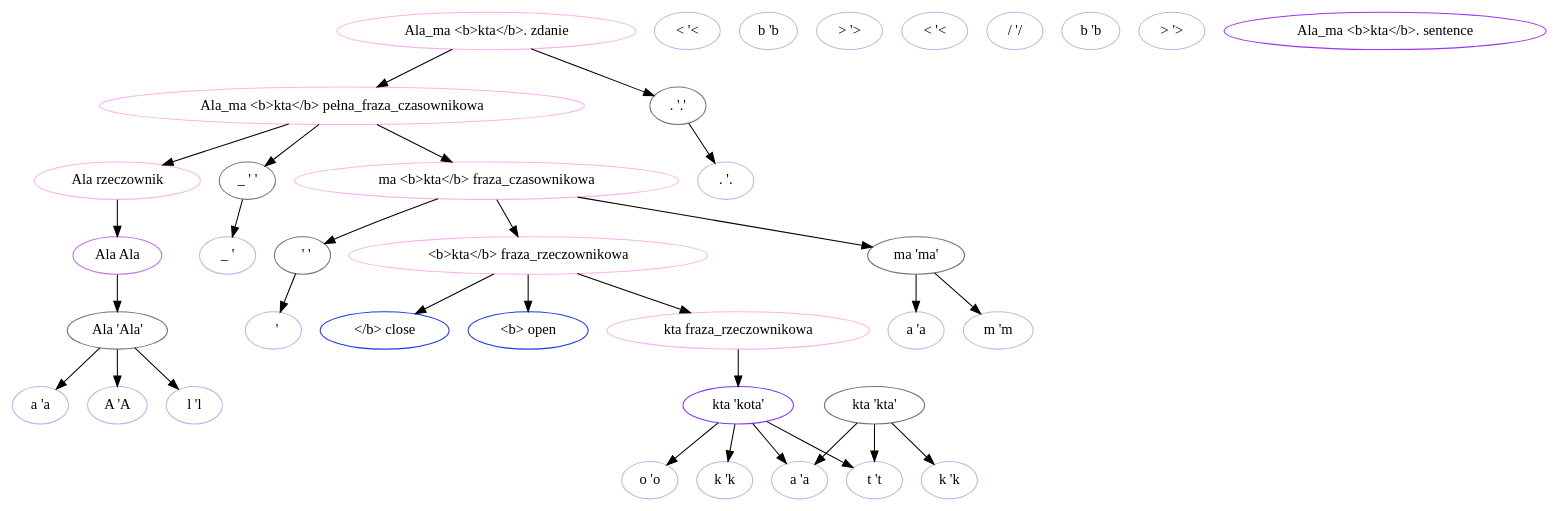
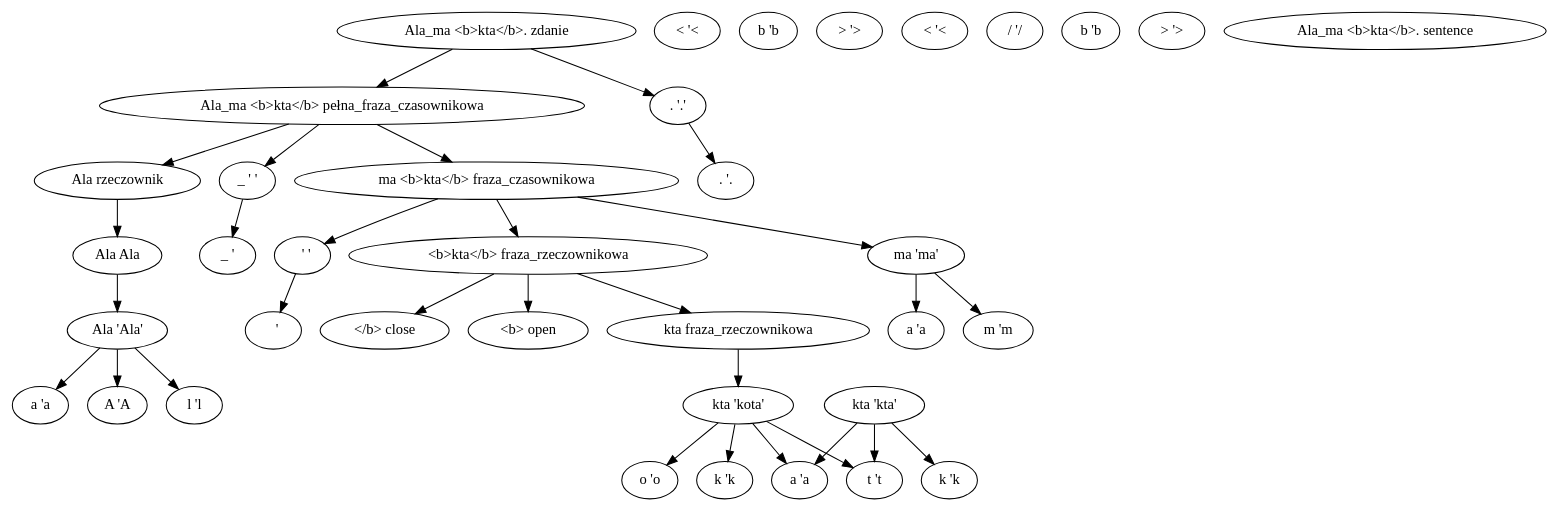
The diagram in formats/dot/m/tree/pl_sample_nocomments.out.dot (manicki/psi-toolkit), drawn with Graphviz before and after one commit. The commit also changed 30 other files, not shown here.

```diff
--- a/formats/dot/m/tree/pl_sample_nocomments.out.dot
+++ b/formats/dot/m/tree/pl_sample_nocomments.out.dot
@@ -1,69 +1,69 @@
 digraph G {
 rankdir=TB
-1 [label="A 'A"color="#b8b7ec"]
-2 [label="l 'l"color="#b8b7ec"]
-3 [label="a 'a"color="#b8b7ec"]
-4 [label="Ala 'Ala'"color="#7a726e"]
+1 [label="A 'A"]
+2 [label="l 'l"]
+3 [label="a 'a"]
+4 [label="Ala 'Ala'"]
 4 -> 1
 4 -> 2
 4 -> 3
-5 [label="Ala Ala"color="#bb76e1:#aee26"]
+5 [label="Ala Ala"]
 5 -> 4
-6 [label="Ala rzeczownik"color="#f8b4ef:#3cb9e5"]
+6 [label="Ala rzeczownik"]
 6 -> 5
-7 [label="_ ' "color="#b8b7ec"]
-8 [label="_ ' '"color="#7a726e"]
+7 [label="_ ' "]
+8 [label="_ ' '"]
 8 -> 7
-9 [label="m 'm"color="#b8b7ec"]
-10 [label="a 'a"color="#b8b7ec"]
-11 [label="ma 'ma'"color="#7a726e"]
+9 [label="m 'm"]
+10 [label="a 'a"]
+11 [label="ma 'ma'"]
 11 -> 9
 11 -> 10
-12 [label="&nbsp; ' "color="#b8b7ec"]
-13 [label="&nbsp; ' '"color="#7a726e"]
+12 [label="&nbsp; ' "]
+13 [label="&nbsp; ' '"]
 13 -> 12
-14 [label="< '<"color="#b8b7ec"]
-15 [label="b 'b"color="#b8b7ec"]
-16 [label="> '>"color="#b8b7ec"]
-17 [label="<b> open"color="#1d36ec:#5afaf0"]
-18 [label="k 'k"color="#b8b7ec"]
-19 [label="k 'k"color="#b8b7ec"]
-20 [label="o 'o"color="#b8b7ec"]
-21 [label="t 't"color="#b8b7ec"]
-22 [label="a 'a"color="#b8b7ec"]
-23 [label="kta 'kta'"color="#7a726e"]
+14 [label="< '<"]
+15 [label="b 'b"]
+16 [label="> '>"]
+17 [label="<b> open"]
+18 [label="k 'k"]
+19 [label="k 'k"]
+20 [label="o 'o"]
+21 [label="t 't"]
+22 [label="a 'a"]
+23 [label="kta 'kta'"]
 23 -> 19
 23 -> 21
 23 -> 22
-24 [label="kta 'kota'"color="#7d37f2:#7a726e"]
+24 [label="kta 'kota'"]
 24 -> 18
 24 -> 20
 24 -> 21
 24 -> 22
-25 [label="kta fraza_rzeczownikowa"color="#f8b4ef:#3cb9e5"]
+25 [label="kta fraza_rzeczownikowa"]
 25 -> 24
-26 [label="< '<"color="#b8b7ec"]
-27 [label="/ '/"color="#b8b7ec"]
-28 [label="b 'b"color="#b8b7ec"]
-29 [label="> '>"color="#b8b7ec"]
-30 [label="</b> close"color="#1d36ec:#5afaf0"]
-31 [label="<b>kta</b> fraza_rzeczownikowa"color="#f8b4ef:#3cb9e5"]
+26 [label="< '<"]
+27 [label="/ '/"]
+28 [label="b 'b"]
+29 [label="> '>"]
+30 [label="</b> close"]
+31 [label="<b>kta</b> fraza_rzeczownikowa"]
 31 -> 17
 31 -> 25
 31 -> 30
-32 [label="ma&nbsp;<b>kta</b> fraza_czasownikowa"color="#f8b4ef:#3cb9e5"]
+32 [label="ma&nbsp;<b>kta</b> fraza_czasownikowa"]
 32 -> 11
 32 -> 13
 32 -> 31
-33 [label="Ala_ma&nbsp;<b>kta</b> pełna_fraza_czasownikowa"color="#f8b4ef:#3cb9e5"]
+33 [label="Ala_ma&nbsp;<b>kta</b> pełna_fraza_czasownikowa"]
 33 -> 6
 33 -> 8
 33 -> 32
-34 [label=". '."color="#b8b7ec"]
-35 [label=". '.'"color="#7a726e"]
+34 [label=". '."]
+35 [label=". '.'"]
 35 -> 34
-36 [label="Ala_ma&nbsp;<b>kta</b>. sentence"color="#9d32f2"]
-37 [label="Ala_ma&nbsp;<b>kta</b>. zdanie"color="#f8b4ef:#3cb9e5"]
+36 [label="Ala_ma&nbsp;<b>kta</b>. sentence"]
+37 [label="Ala_ma&nbsp;<b>kta</b>. zdanie"]
 37 -> 33
 37 -> 35
 }
```
